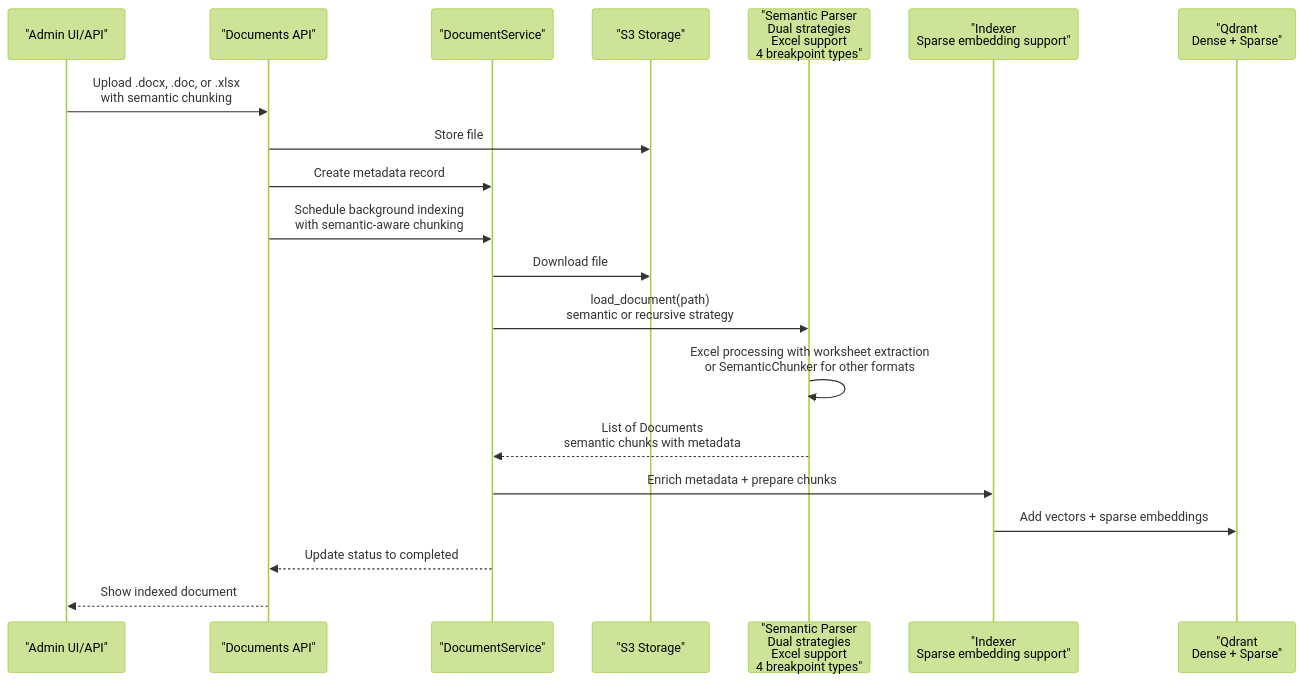
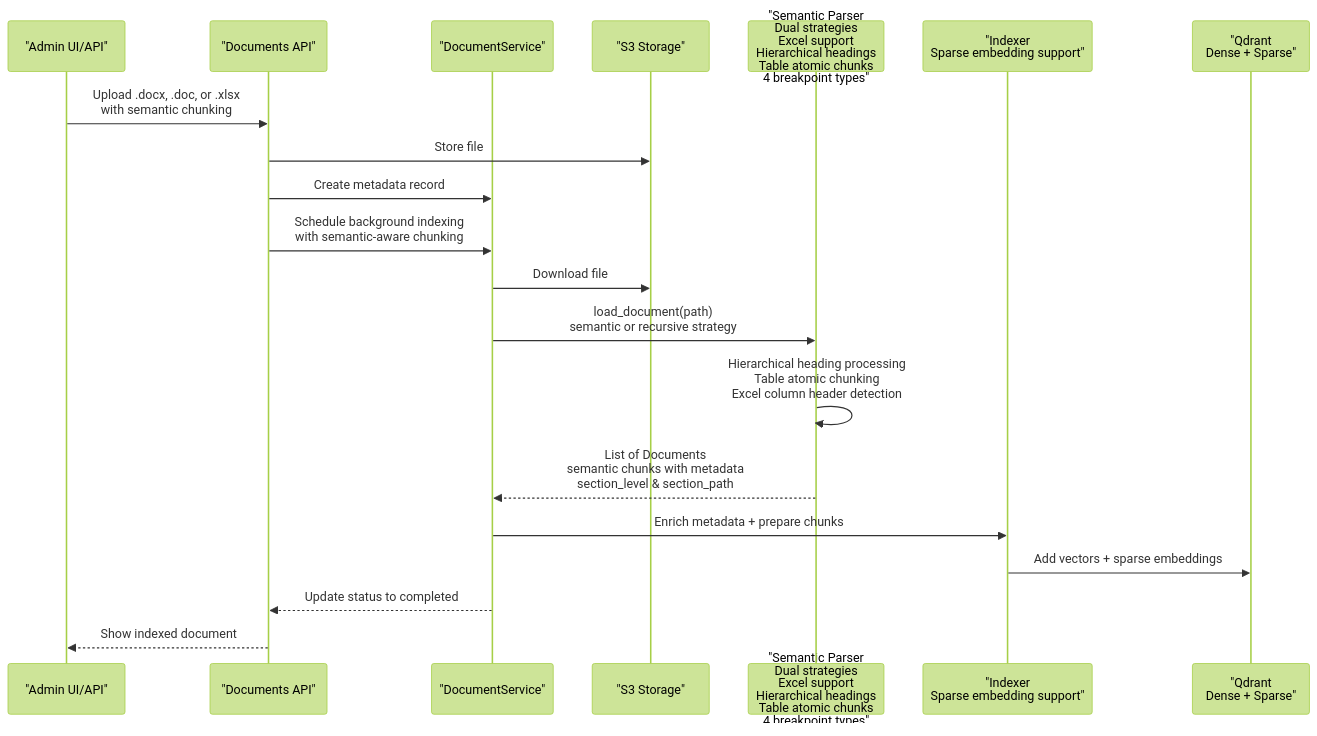
Before and after one commit to ognelis/cafetera_hr_bot: the second of 14 diagrams in .qoder/repowiki/en/content/RAG Integration/RAG Parser Enhancement.md, drawn with Mermaid (forest theme). The commit also changed other lines of this file and 2 other files, not shown here.

````diff
--- a/.qoder/repowiki/en/content/RAG Integration/RAG Parser Enhancement.md
+++ b/.qoder/repowiki/en/content/RAG Integration/RAG Parser Enhancement.md
@@ -202,22 +211,22 @@
 ```mermaid
 sequenceDiagram
 participant Admin as "Admin UI/API"
 participant API as "Documents API"
 participant Service as "DocumentService"
 participant S3 as "S3 Storage"
-participant Parser as "Semantic Parser<br/>Dual strategies<br/>Excel support<br/>4 breakpoint types"
+participant Parser as "Semantic Parser<br/>Dual strategies<br/>Excel support<br/>Hierarchical headings<br/>Table atomic chunks<br/>4 breakpoint types"
 participant Indexer as "Indexer<br/>Sparse embedding support"
 participant Qdrant as "Qdrant<br/>Dense + Sparse"
 Admin->>API : Upload .docx, .doc, or .xlsx<br/>with semantic chunking
 API->>S3 : Store file
 API->>Service : Create metadata record
 API->>Service : Schedule background indexing<br/>with semantic-aware chunking
 Service->>S3 : Download file
 Service->>Parser : load_document(path)<br/>semantic or recursive strategy
-Parser->>Parser : Excel processing with worksheet extraction<br/>or SemanticChunker for other formats
-Parser-->>Service : List of Documents<br/>semantic chunks with metadata
+Parser->>Parser : Hierarchical heading processing<br/>Table atomic chunking<br/>Excel column header detection
+Parser-->>Service : List of Documents<br/>semantic chunks with metadata<br/>section_level & section_path
 Service->>Indexer : Enrich metadata + prepare chunks
 Indexer->>Qdrant : Add vectors + sparse embeddings
 Service-->>API : Update status to completed
 API-->>Admin : Show indexed document
 ```
````
